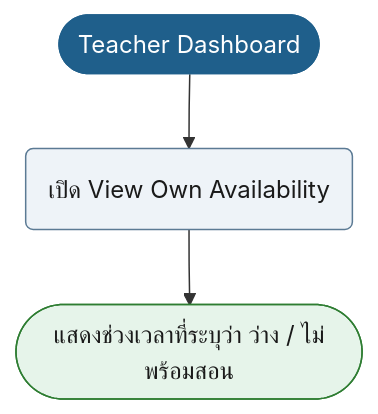
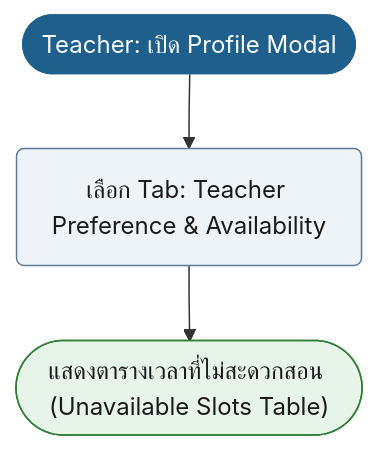
One commit to synthesixer/AcadOS changed diagram 15 of 49 in doc/diagram/Userflow_diagram.md. Above: the diagram before and after it, drawn with Mermaid. The commit also changed other lines of this file and 30 other files, not shown here.

````diff
--- a/doc/diagram/Userflow_diagram.md
+++ b/doc/diagram/Userflow_diagram.md
@@ -540,14 +529,14 @@
 ```mermaid
 flowchart TD
-    n1(["Teacher Dashboard"]):::start
-    n2("เปิด View Own Availability"):::act
-    n3(["แสดงช่วงเวลาที่ระบุว่า ว่าง / ไม่พร้อมสอน"]):::ok
+    n1(["Teacher: เปิด Profile Modal"]):::start
+    n2("เลือก Tab: Teacher Preference & Availability"):::act
+    n3(["แสดงตารางเวลาที่ไม่สะดวกสอน (Unavailable Slots Table)"]):::ok
     n1 --> n2
     n2 --> n3
     classDef start fill:#1F5F8B,stroke:#1F5F8B,color:#fff
     classDef act fill:#EEF3F8,stroke:#5B7A94,color:#1a1a1a
     classDef dec fill:#FFF6E0,stroke:#5B7A94,color:#1a1a1a
     classDef bad fill:#FCE8E6,stroke:#C0392B,color:#1a1a1a
     classDef ok fill:#E6F4EA,stroke:#2E7D32,color:#1a1a1a
     classDef note fill:#F4F4F4,stroke:#999,color:#1a1a1a
 ```
````
